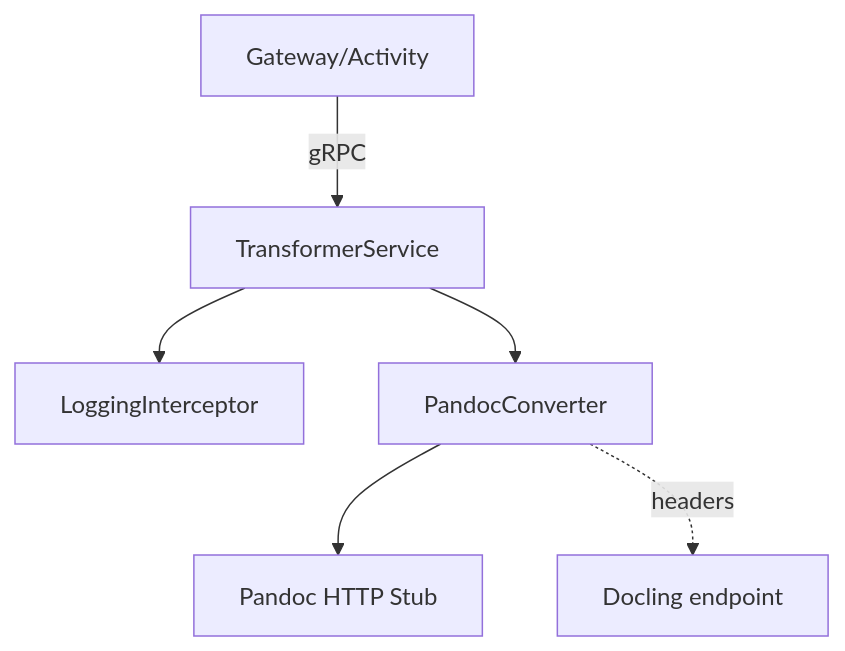
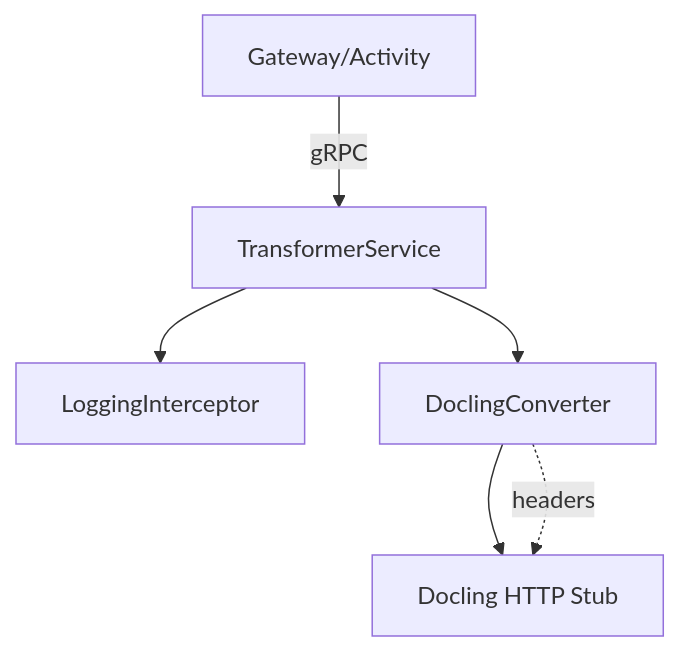
The first of 2 diagrams in backend/docling-transformer-service/diagrams.md (FedorovTeam/mono-repo), drawn with Mermaid before and after one commit. The commit also changed 14 other files, not shown here.

````diff
--- a/backend/docling-transformer-service/diagrams.md
+++ b/backend/docling-transformer-service/diagrams.md
@@ -4,8 +4,8 @@
 ```mermaid
 graph TD
     Client[Gateway/Activity] -->|gRPC| API[TransformerService]
     API --> INT[LoggingInterceptor]
-    API --> CONV[PandocConverter]
-    CONV --> PANDOC[Pandoc HTTP Stub]
-    CONV -. headers .-> DOC[Docling endpoint]
+    API --> CONV[DoclingConverter]
+    CONV --> DOC[Docling HTTP Stub]
+    CONV -. headers .-> DOC
 ```
````
